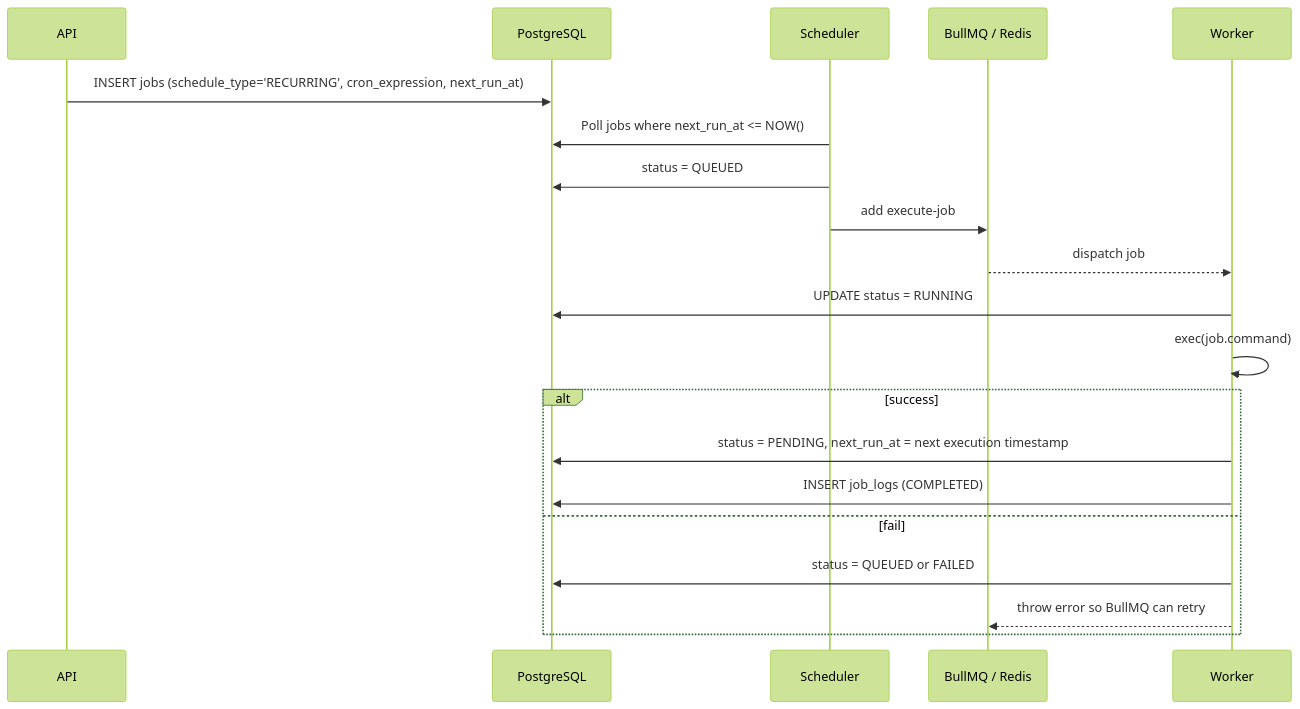
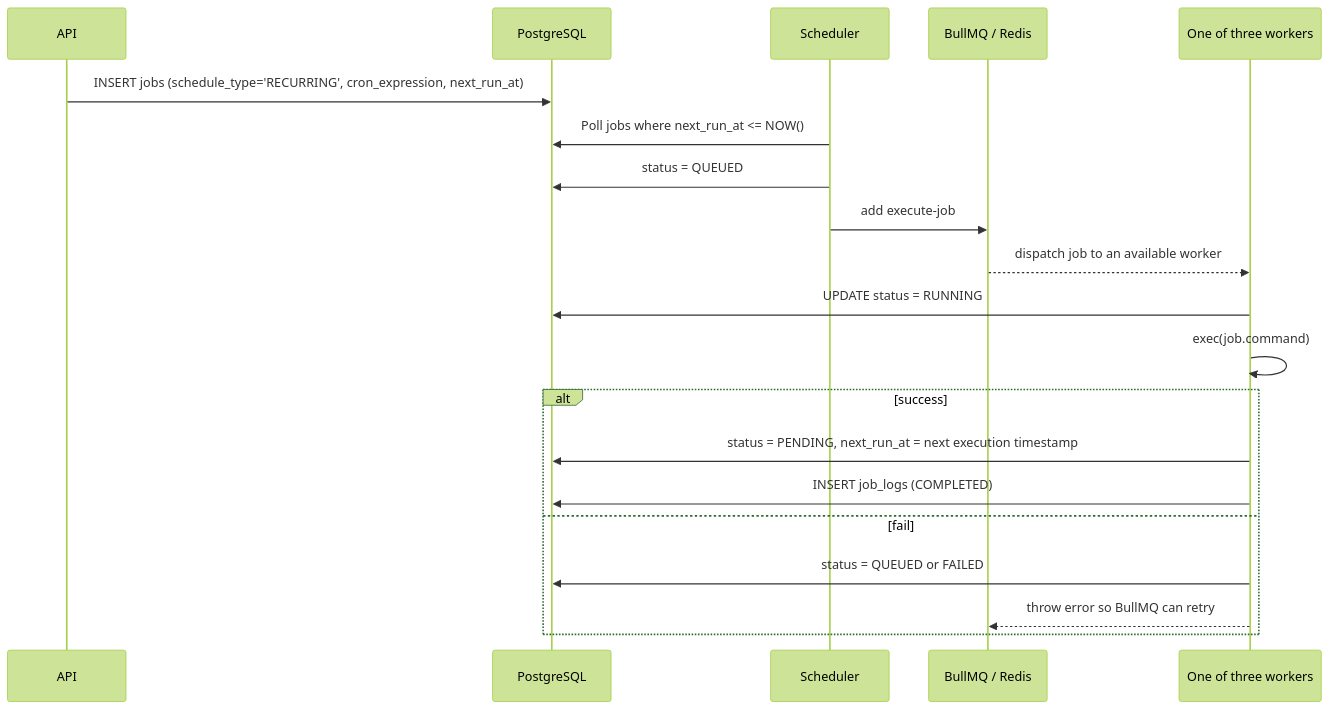
Before and after one commit to kanupriya-sharma19/FLOW: the third of 6 diagrams in README.md, drawn with Mermaid (forest theme). The commit also changed other lines of this file and 2 other files, not shown here.

Commit message:
Enhance .gitignore and README; add health checks and multiple worker services in docker-compose

````diff
--- a/README.md
+++ b/README.md
@@ -242,23 +241,23 @@
 ```mermaid
 sequenceDiagram
     participant API as API
     participant DB as PostgreSQL
     participant Scheduler as Scheduler
     participant Queue as BullMQ / Redis
-    participant Worker as Worker
+    participant Worker as One of three workers
 
     API->>DB: INSERT jobs (schedule_type='RECURRING', cron_expression, next_run_at)
     Scheduler->>DB: Poll jobs where next_run_at <= NOW()
     Scheduler->>DB: status = QUEUED
     Scheduler->>Queue: add execute-job
-    Queue-->>Worker: dispatch job
+    Queue-->>Worker: dispatch job to an available worker
     Worker->>DB: UPDATE status = RUNNING
     Worker->>Worker: exec(job.command)
     alt success
         Worker->>DB: status = PENDING, next_run_at = next execution timestamp
         Worker->>DB: INSERT job_logs (COMPLETED)
     else fail
         Worker->>DB: status = QUEUED or FAILED
         Worker-->>Queue: throw error so BullMQ can retry
     end
 ```
````
